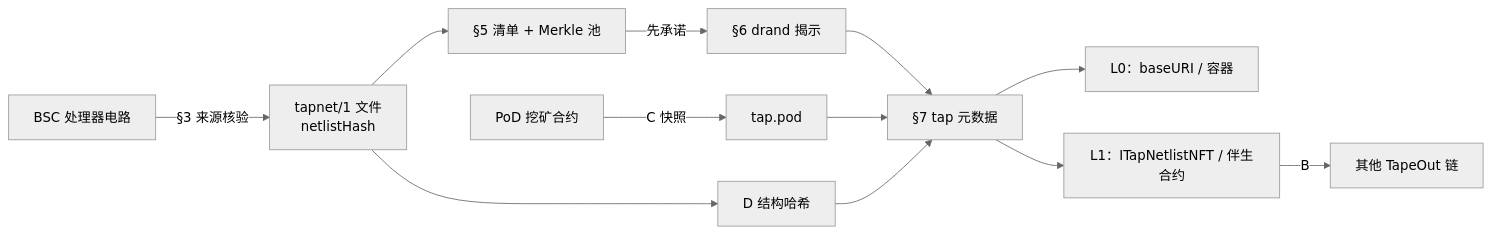
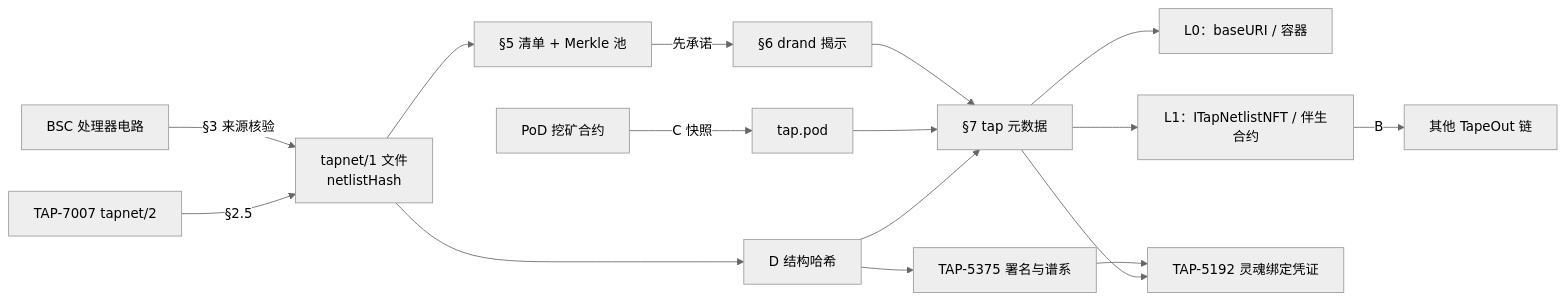
The first of 2 diagrams in README.md (BruceLanLan/TAP-721), drawn with Mermaid (neutral theme) before and after one commit. The commit also changed other lines of this file and 15 other files, not shown here.

````diff
--- a/README.md
+++ b/README.md
@@ -65,14 +81,18 @@
 ```mermaid
 flowchart LR
   P["BSC 处理器电路"] -->|"§3 来源核验"| F["tapnet/1 文件<br/>netlistHash"]
   F --> D["D 结构哈希"]
   M["PoD 挖矿合约"] -->|"C 快照"| POD["tap.pod"]
   F --> MAN["§5 清单 + Merkle 池"]
   MAN -->|"先承诺"| R["§6 drand 揭示"]
   R --> META["§7 tap 元数据"]
   POD --> META
   D --> META
   META --> L0["L0：baseURI / 容器"]
   META --> L1["L1：ITapNetlistNFT / 伴生合约"]
   L1 -->|"B"| X["其他 TapeOut 链"]
+  LN["TAP-7007 tapnet/2"] -->|"§2.5"| F
+  D --> DC["TAP-5375 署名与谱系"]
+  DC --> SB["TAP-5192 灵魂绑定凭证"]
+  META --> SB
 ```
````
